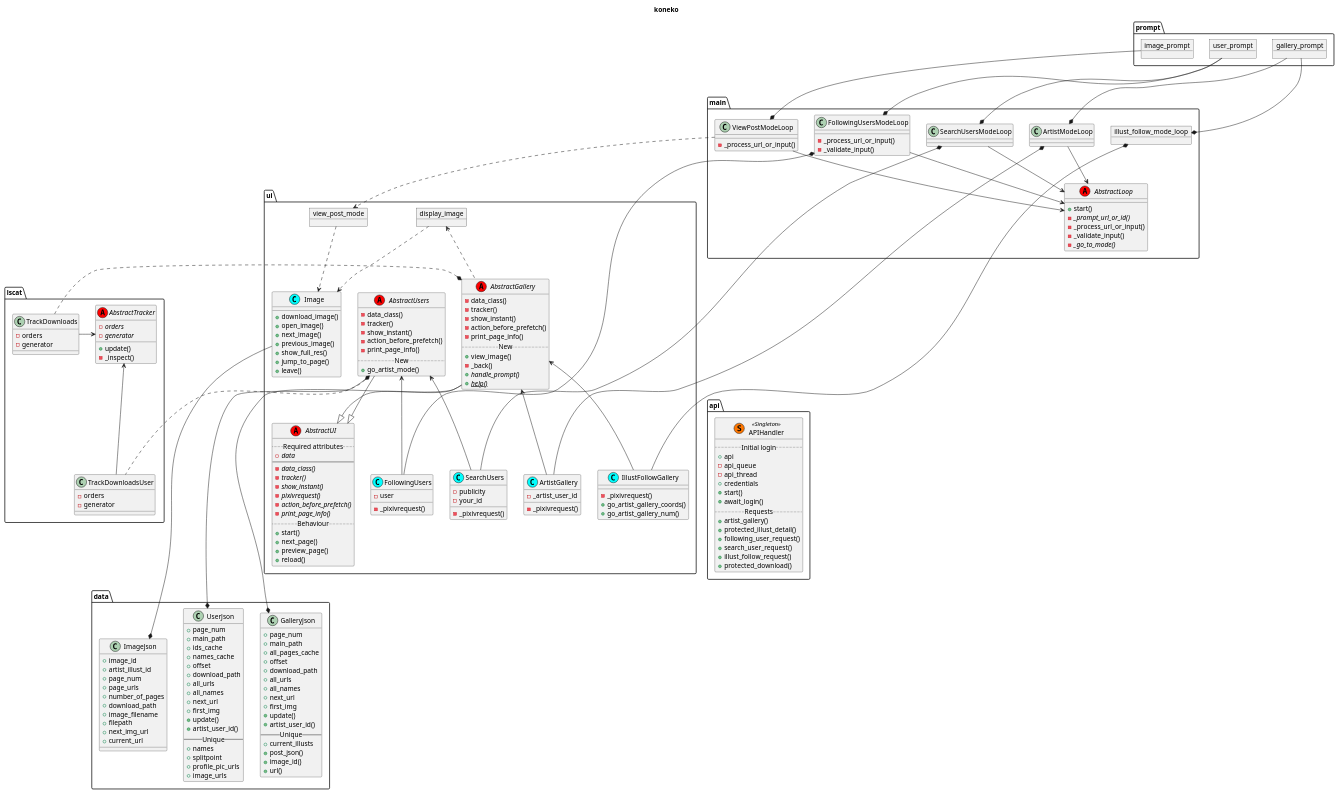
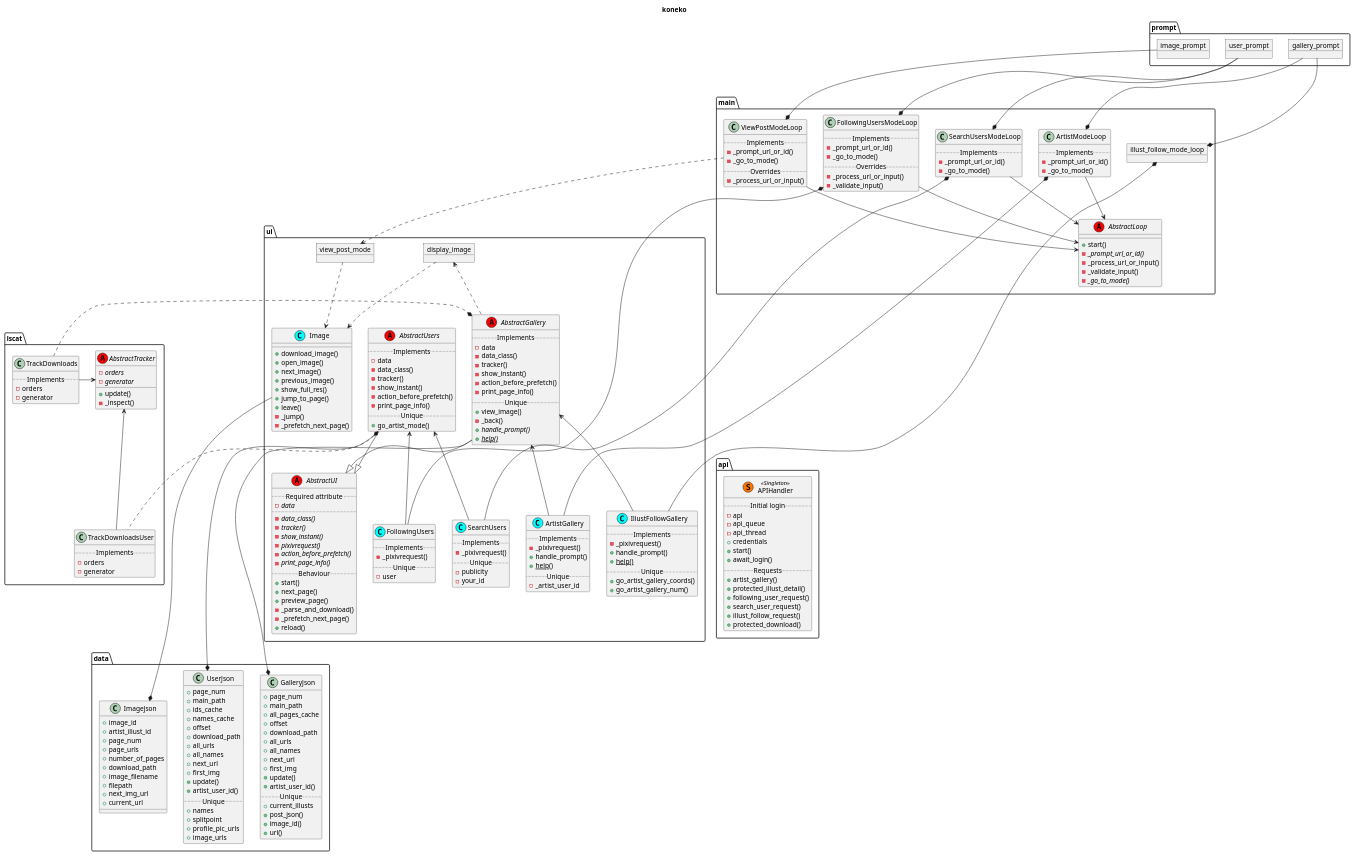
One commit to akazukin5151/koneko changed the diagram in puml/classes.puml. Above: the diagram before and after it, drawn with PlantUML.

Commit message:
More detailed classes puml

```diff
--- a/puml/classes.puml
+++ b/puml/classes.puml
@@ -3,15 +3,19 @@
 title koneko
 
 abstract class main.AbstractLoop <<(A, red)>>{
-  +start()
-  -{abstract}_prompt_url_or_id()
-  -_process_url_or_input()
-  -_validate_input()
-  -{abstract}_go_to_mode()
+    +start()
+    -{abstract}_prompt_url_or_id()
+    -_process_url_or_input()
+    -_validate_input()
+    -{abstract}_go_to_mode()
 }
 
 class main.ArtistModeLoop {
+    ..Implements..
+    -_prompt_url_or_id()
+    -_go_to_mode()
 }
+
 package main {
     object illust_follow_mode_loop
 }
@@ -20,9 +24,9 @@
 main.AbstractLoop <-up[hidden]- illust_follow_mode_loop
 
 abstract class ui.AbstractUI <<(A, red)>>{
-    ..Required attributes..
+    ..Required attribute..
     - {abstract} data
-    --
+    ..
     -{abstract}data_class()
     -{abstract}tracker()
     -{abstract}show_instant()
@@ -33,16 +37,20 @@
     +start()
     +next_page()
     +preview_page()
+    -_parse_and_download()
+    -_prefetch_next_page()
     +reload()
 }
 
 abstract class ui.AbstractGallery <<(A, red)>>{
+    ..Implements..
+    - data
     -data_class()
     -tracker()
     -show_instant()
     -action_before_prefetch()
     -print_page_info()
-    ..New..
+    ..Unique..
     +view_image()
     -_back()
     +{abstract}handle_prompt()
@@ -51,11 +59,19 @@
 ui.AbstractUI <|-up- ui.AbstractGallery
 
 class ui.ArtistGallery <<(C, cyan)>>{
+    ..Implements..
+    -_pixivrequest()
+    +handle_prompt()
+    +{static}help()
+    ..Unique..
     - _artist_user_id
-    -_pixivrequest()
 }
 class ui.IllustFollowGallery <<(C, cyan)>>{
+    ..Implements..
     -_pixivrequest()
+    +handle_prompt()
+    +{static}help()
+    ..Unique..
     +go_artist_gallery_coords()
     +go_artist_gallery_num()
 }
@@ -68,6 +84,10 @@
 ui.AbstractGallery <-down- ui.ArtistGallery
 
 class main.ViewPostModeLoop {
+    ..Implements..
+    -_prompt_url_or_id()
+    -_go_to_mode()
+    ..Overrides..
     -_process_url_or_input()
 }
 package ui {
@@ -75,13 +95,15 @@
     object display_image
 }
 class ui.Image <<(C, cyan)>>{
-    + download_image()
-    + open_image()
-    + next_image()
-    + previous_image()
-    + show_full_res()
-    + jump_to_page()
-    + leave()
+    +download_image()
+    +open_image()
+    +next_image()
+    +previous_image()
+    +show_full_res()
+    +jump_to_page()
+    +leave()
+    -_jump()
+    -_prefetch_next_page()
 }
 
 main.AbstractLoop <-up- main.ViewPostModeLoop
@@ -92,29 +114,43 @@
 
 
 class main.FollowingUsersModeLoop {
+    ..Implements..
+    -_prompt_url_or_id()
+    -_go_to_mode()
+    ..Overrides..
     -_process_url_or_input()
     -_validate_input()
 }
-class main.SearchUsersModeLoop
+class main.SearchUsersModeLoop {
+    ..Implements..
+    -_prompt_url_or_id()
+    -_go_to_mode()
+}
 main.AbstractLoop <-up- main.FollowingUsersModeLoop
 main.AbstractLoop <-up- main.SearchUsersModeLoop
 
 class ui.FollowingUsers <<(C, cyan)>> {
+    ..Implements..
+    -_pixivrequest()
+    ..Unique..
     - user
-    -_pixivrequest()
 }
 class ui.SearchUsers <<(C, cyan)>> {
+    ..Implements..
+    -_pixivrequest()
+    ..Unique..
     - publicity
     - your_id
-    -_pixivrequest()
 }
 abstract class ui.AbstractUsers <<(A, red)>>{
+    ..Implements..
+    - data
     -data_class()
     -tracker()
     -show_instant()
     -action_before_prefetch()
     -print_page_info()
-    ..New..
+    ..Unique..
     +go_artist_mode()
 }
 ui.AbstractUI <|-up- ui.AbstractUsers
@@ -131,10 +167,12 @@
     -_inspect()
 }
 class lscat.TrackDownloads {
+    ..Implements..
     - orders
     - generator
 }
 class lscat.TrackDownloadsUser {
+    ..Implements..
     - orders
     - generator
 }
@@ -176,7 +214,7 @@
     + first_img
     +update()
     +artist_user_id()
-    --Unique--
+    ..Unique..
     + current_illusts
     +post_json()
     +image_id()
@@ -207,7 +245,7 @@
     + first_img
     +update()
     +artist_user_id()
-    --Unique--
+    ..Unique..
     + names
     + splitpoint
     + profile_pic_urls
@@ -221,7 +259,7 @@
 
 class api.APIHandler << (S,#FF7700) Singleton >> {
     ..Initial login..
-    + api
+    - api
     - api_queue
     - api_thread
     + credentials
```
